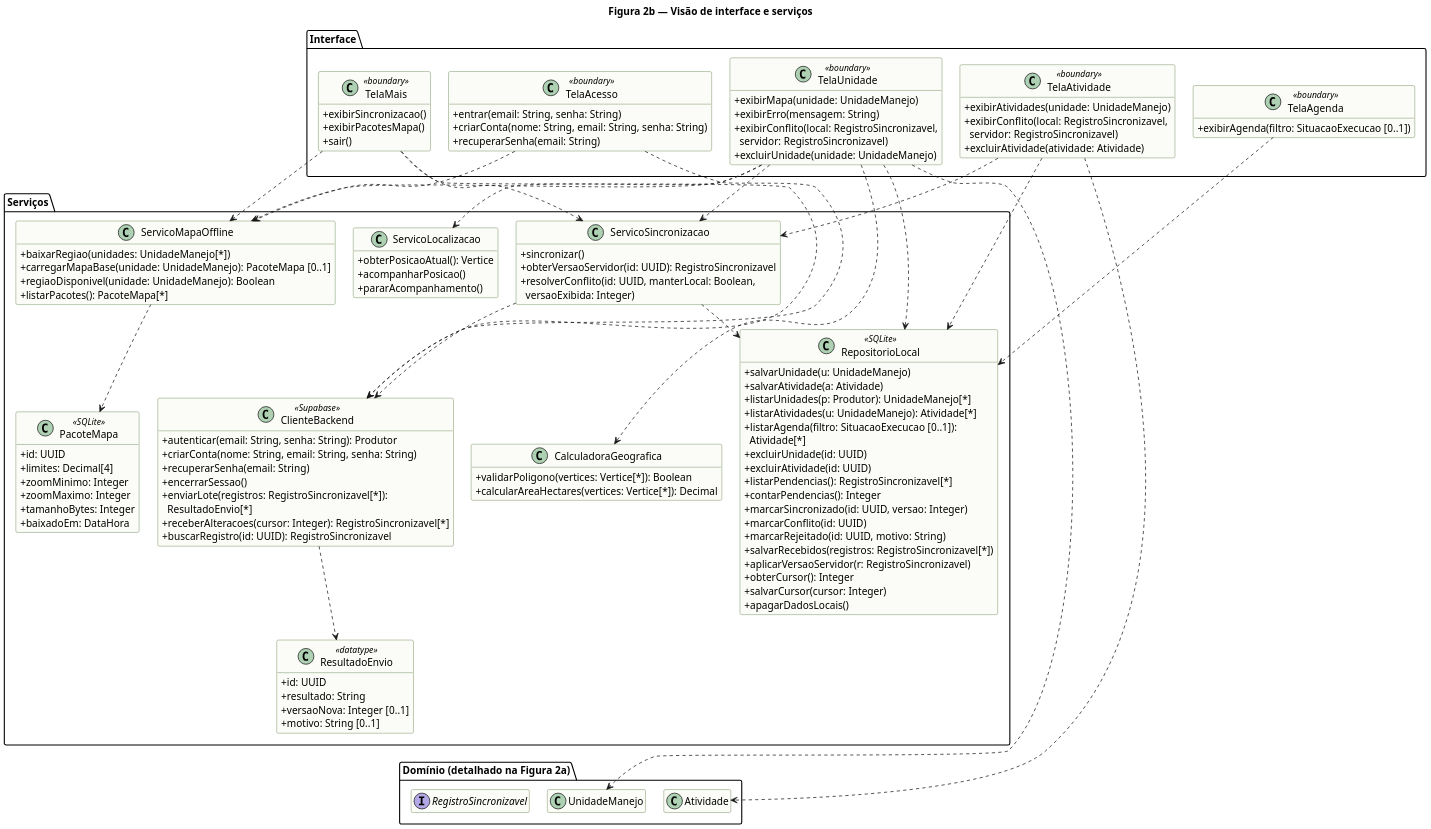
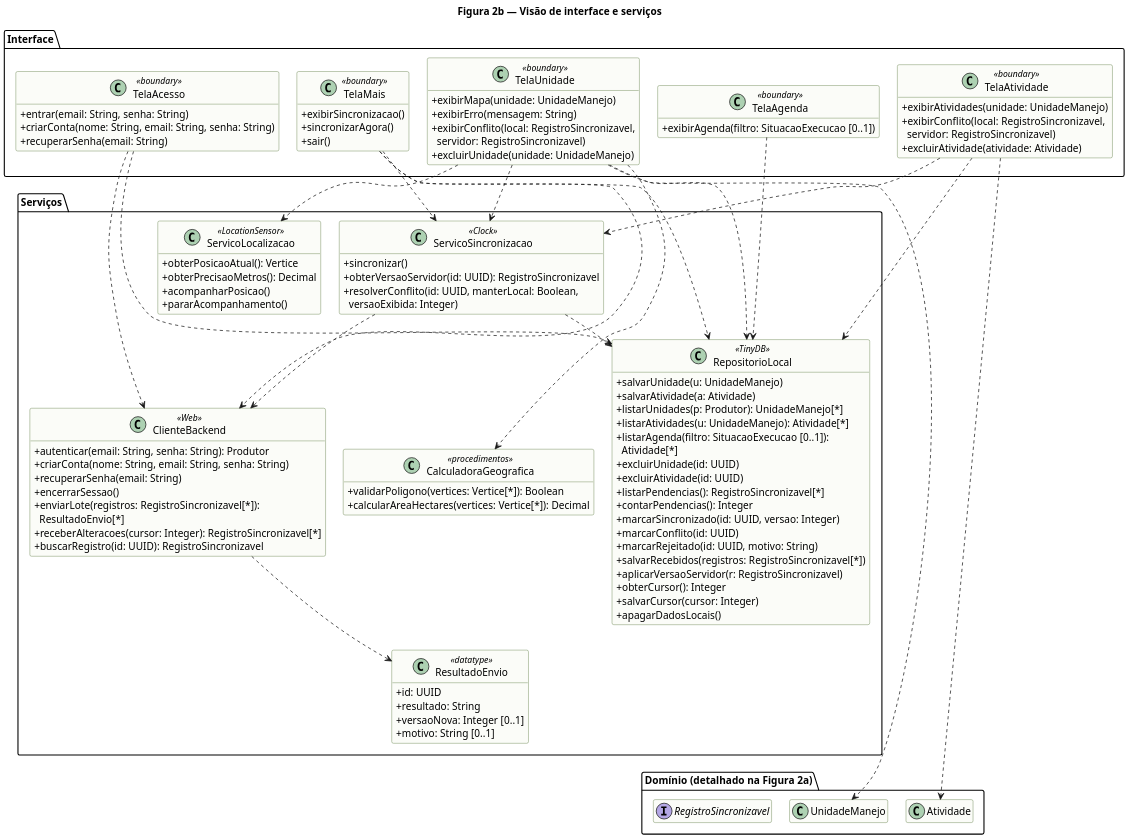
The diagram in entrega-basica/diagramas/classes-servicos.puml (rpomar/AgroManejo), drawn with PlantUML before and after one commit. The commit also changed 26 other files, not shown here.

```diff
--- a/entrega-basica/diagramas/classes-servicos.puml
+++ b/entrega-basica/diagramas/classes-servicos.puml
@@ -1,139 +1,123 @@
 @startuml classes-servicos
 skinparam dpi 150
 skinparam defaultFontName Arial
 skinparam shadowing false
 skinparam classAttributeIconSize 0
 skinparam class {
   BackgroundColor #FBFCF8
   BorderColor #4A6B2A
 }
 hide empty members
 skinparam nodesep 25
 skinparam ranksep 35
 skinparam packagePadding 4
 title Figura 2b — Visão de interface e serviços
 
 package "Interface" {
   class TelaAcesso <<boundary>> {
     +entrar(email: String, senha: String)
     +criarConta(nome: String, email: String, senha: String)
     +recuperarSenha(email: String)
   }
   class TelaUnidade <<boundary>> {
     +exibirMapa(unidade: UnidadeManejo)
     +exibirErro(mensagem: String)
     +exibirConflito(local: RegistroSincronizavel,\n  servidor: RegistroSincronizavel)
     +excluirUnidade(unidade: UnidadeManejo)
   }
   class TelaAtividade <<boundary>> {
     +exibirAtividades(unidade: UnidadeManejo)
     +exibirConflito(local: RegistroSincronizavel,\n  servidor: RegistroSincronizavel)
     +excluirAtividade(atividade: Atividade)
   }
   class TelaAgenda <<boundary>> {
     +exibirAgenda(filtro: SituacaoExecucao [0..1])
   }
   class TelaMais <<boundary>> {
     +exibirSincronizacao()
-    +exibirPacotesMapa()
+    +sincronizarAgora()
     +sair()
   }
 }
 
 package "Serviços" {
-  class ServicoLocalizacao {
+  class ServicoLocalizacao <<LocationSensor>> {
     +obterPosicaoAtual(): Vertice
+    +obterPrecisaoMetros(): Decimal
     +acompanharPosicao()
     +pararAcompanhamento()
   }
-  class ServicoMapaOffline {
-    +baixarRegiao(unidades: UnidadeManejo[*])
-    +carregarMapaBase(unidade: UnidadeManejo): PacoteMapa [0..1]
-    +regiaoDisponivel(unidade: UnidadeManejo): Boolean
-    +listarPacotes(): PacoteMapa[*]
-  }
-  class CalculadoraGeografica {
+  class CalculadoraGeografica <<procedimentos>> {
     +validarPoligono(vertices: Vertice[*]): Boolean
     +calcularAreaHectares(vertices: Vertice[*]): Decimal
   }
-  class ServicoSincronizacao {
+  class ServicoSincronizacao <<Clock>> {
     +sincronizar()
     +obterVersaoServidor(id: UUID): RegistroSincronizavel
     +resolverConflito(id: UUID, manterLocal: Boolean,\n  versaoExibida: Integer)
   }
-  class RepositorioLocal <<SQLite>> {
+  class RepositorioLocal <<TinyDB>> {
     +salvarUnidade(u: UnidadeManejo)
     +salvarAtividade(a: Atividade)
     +listarUnidades(p: Produtor): UnidadeManejo[*]
     +listarAtividades(u: UnidadeManejo): Atividade[*]
     +listarAgenda(filtro: SituacaoExecucao [0..1]):\n  Atividade[*]
     +excluirUnidade(id: UUID)
     +excluirAtividade(id: UUID)
     +listarPendencias(): RegistroSincronizavel[*]
     +contarPendencias(): Integer
     +marcarSincronizado(id: UUID, versao: Integer)
     +marcarConflito(id: UUID)
     +marcarRejeitado(id: UUID, motivo: String)
     +salvarRecebidos(registros: RegistroSincronizavel[*])
     +aplicarVersaoServidor(r: RegistroSincronizavel)
     +obterCursor(): Integer
     +salvarCursor(cursor: Integer)
     +apagarDadosLocais()
   }
-  class ClienteBackend <<Supabase>> {
+  class ClienteBackend <<Web>> {
     +autenticar(email: String, senha: String): Produtor
     +criarConta(nome: String, email: String, senha: String)
     +recuperarSenha(email: String)
     +encerrarSessao()
     +enviarLote(registros: RegistroSincronizavel[*]):\n  ResultadoEnvio[*]
     +receberAlteracoes(cursor: Integer): RegistroSincronizavel[*]
     +buscarRegistro(id: UUID): RegistroSincronizavel
   }
   class ResultadoEnvio <<datatype>> {
     +id: UUID
     +resultado: String
     +versaoNova: Integer [0..1]
     +motivo: String [0..1]
   }
-  class PacoteMapa <<SQLite>> {
-    +id: UUID
-    +limites: Decimal[4]
-    +zoomMinimo: Integer
-    +zoomMaximo: Integer
-    +tamanhoBytes: Integer
-    +baixadoEm: DataHora
-  }
 }
 
 package "Domínio (detalhado na Figura 2a)" {
   interface RegistroSincronizavel
   class UnidadeManejo
   class Atividade
 }
 
 TelaAcesso ..> ClienteBackend
-TelaAcesso ..> ServicoMapaOffline
+TelaAcesso ..> RepositorioLocal
 TelaUnidade ..> ServicoLocalizacao
 TelaUnidade ..> CalculadoraGeografica
-TelaUnidade ..> ServicoMapaOffline
 TelaUnidade ..> RepositorioLocal
 TelaUnidade ..> ServicoSincronizacao
 TelaUnidade ..> UnidadeManejo
 TelaAtividade ..> RepositorioLocal
 TelaAtividade ..> ServicoSincronizacao
 TelaAtividade ..> Atividade
 TelaAgenda ..> RepositorioLocal
 TelaMais ..> ServicoSincronizacao
-TelaMais ..> ServicoMapaOffline
+TelaMais ..> RepositorioLocal
 TelaMais ..> ClienteBackend
 ServicoSincronizacao ..> RepositorioLocal
 ServicoSincronizacao ..> ClienteBackend
 ClienteBackend ..> ResultadoEnvio
-ServicoMapaOffline ..> PacoteMapa
 
 ServicoLocalizacao -[hidden]down- CalculadoraGeografica
-ServicoMapaOffline -[hidden]down- PacoteMapa
 CalculadoraGeografica -[hidden]down- UnidadeManejo
-PacoteMapa -[hidden]down- Atividade
+RepositorioLocal -[hidden]down- Atividade
 ResultadoEnvio -[hidden]down- RegistroSincronizavel
 @enduml
```
